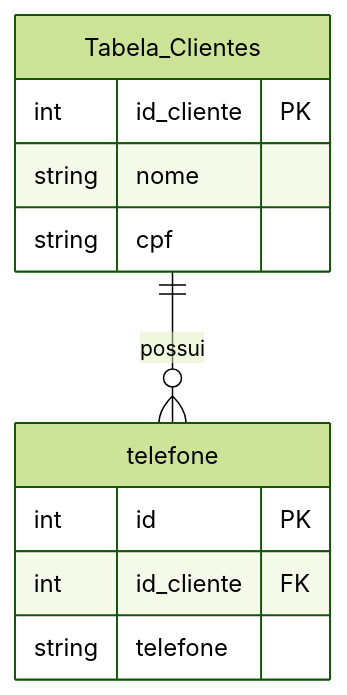
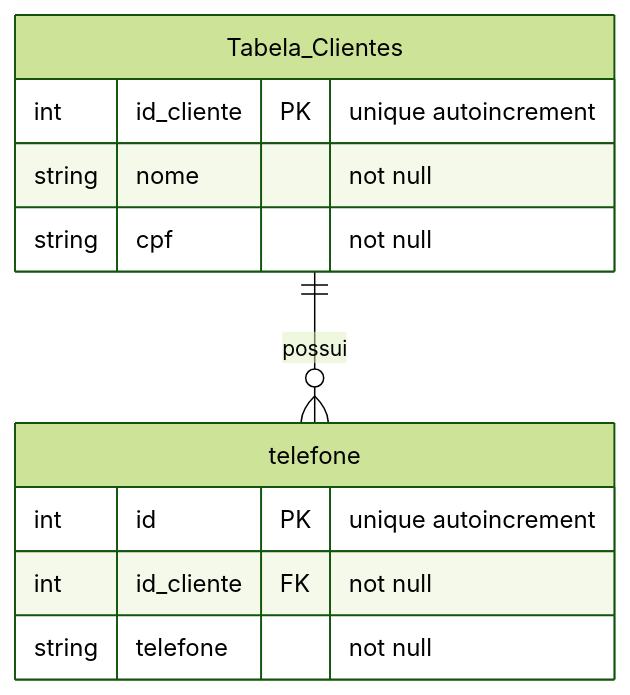
The diagram in exercicios/ex1.md (joaorbm09/banco_de_dados), drawn with Mermaid (forest theme) before and after one commit. The commit also changed 4 other files, not shown here.

````diff
--- a/exercicios/ex1.md
+++ b/exercicios/ex1.md
@@ -3,16 +3,16 @@
 ``` mermaid
     erDiagram
         Tabela_Clientes{
-            int id_cliente PK
-            string nome 
-            string cpf 
+            int id_cliente PK "unique autoincrement" 
+            string nome "not null"
+            string cpf "not null"
         }
 
         telefone{
-            int id PK 
-            int id_cliente FK
-            string telefone 
+            int id PK "unique autoincrement"
+            int id_cliente FK "not null"
+            string telefone "not null"
         }
     Tabela_Clientes ||--o{ telefone:"possui"
 
 ```
````
